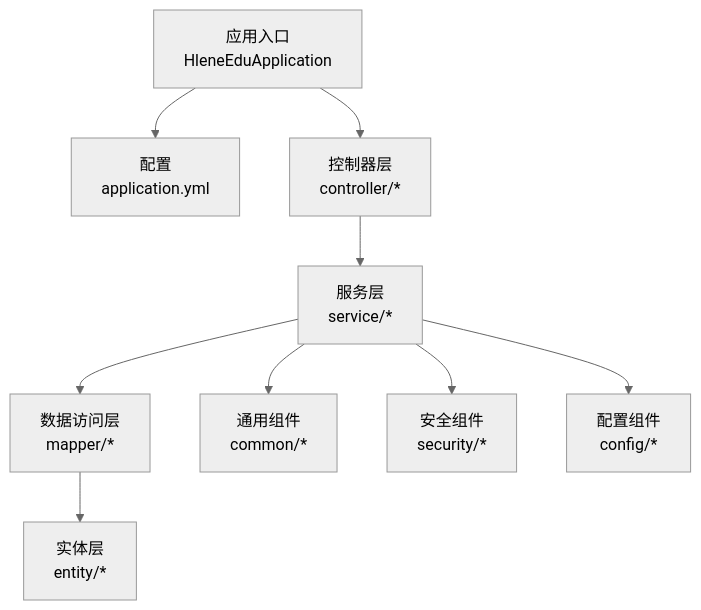
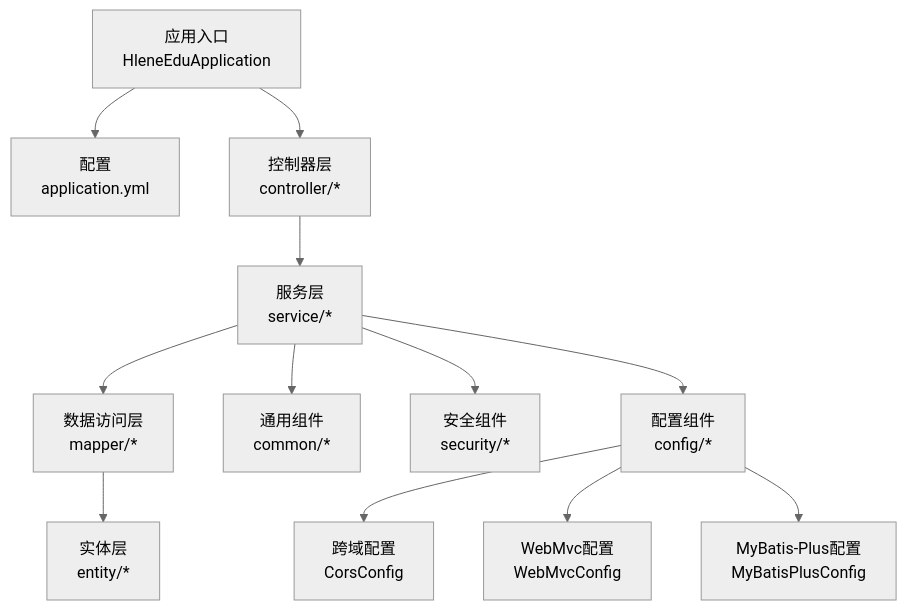
The first of 8 diagrams in .qoder/repowiki/zh/content/后端系统设计/后端系统设计.md (Jian9527/HelenEdu), drawn with Mermaid (neutral theme) before and after one commit. The commit also changed other lines of this file and 41 other files, not shown here.

````diff
--- a/.qoder/repowiki/zh/content/后端系统设计/后端系统设计.md
+++ b/.qoder/repowiki/zh/content/后端系统设计/后端系统设计.md
@@ -49,11 +61,14 @@
 ```mermaid
 graph TB
 A["应用入口<br/>HleneEduApplication"] --> B["配置<br/>application.yml"]
 A --> C["控制器层<br/>controller/*"]
 C --> D["服务层<br/>service/*"]
 D --> E["数据访问层<br/>mapper/*"]
 E --> F["实体层<br/>entity/*"]
 D --> G["通用组件<br/>common/*"]
 D --> H["安全组件<br/>security/*"]
 D --> I["配置组件<br/>config/*"]
+I --> J["跨域配置<br/>CorsConfig"]
+I --> K["WebMvc配置<br/>WebMvcConfig"]
+I --> L["MyBatis-Plus配置<br/>MyBatisPlusConfig"]
 ```
````
